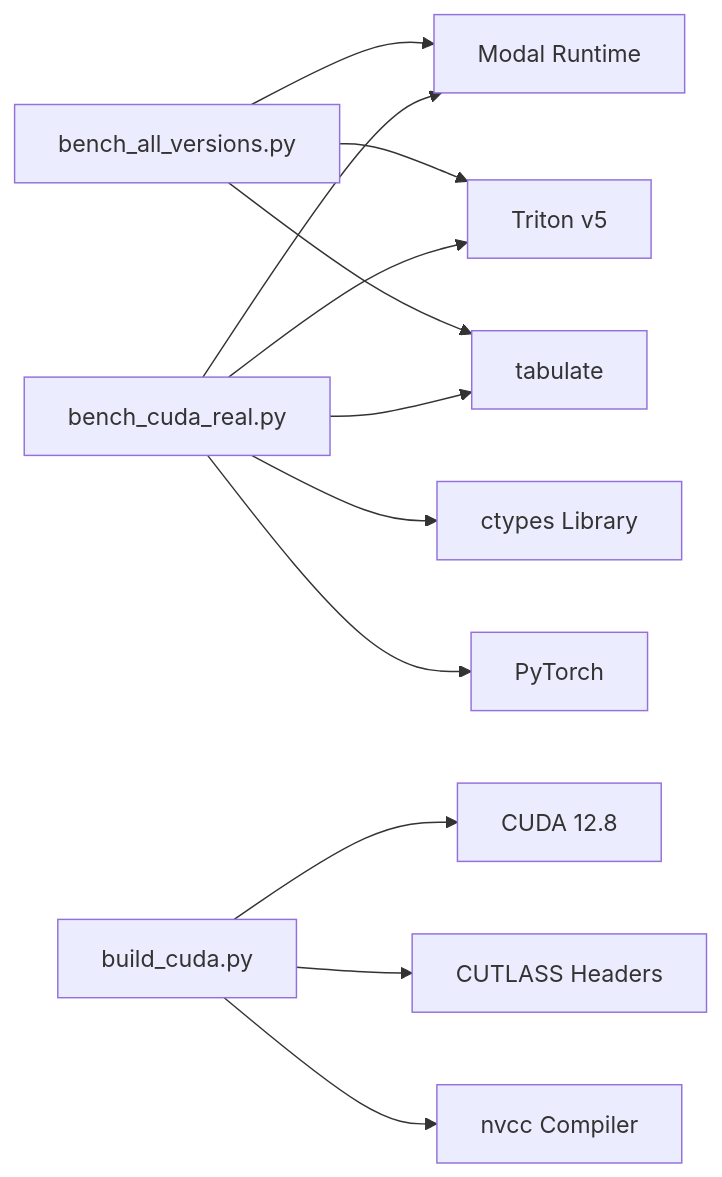
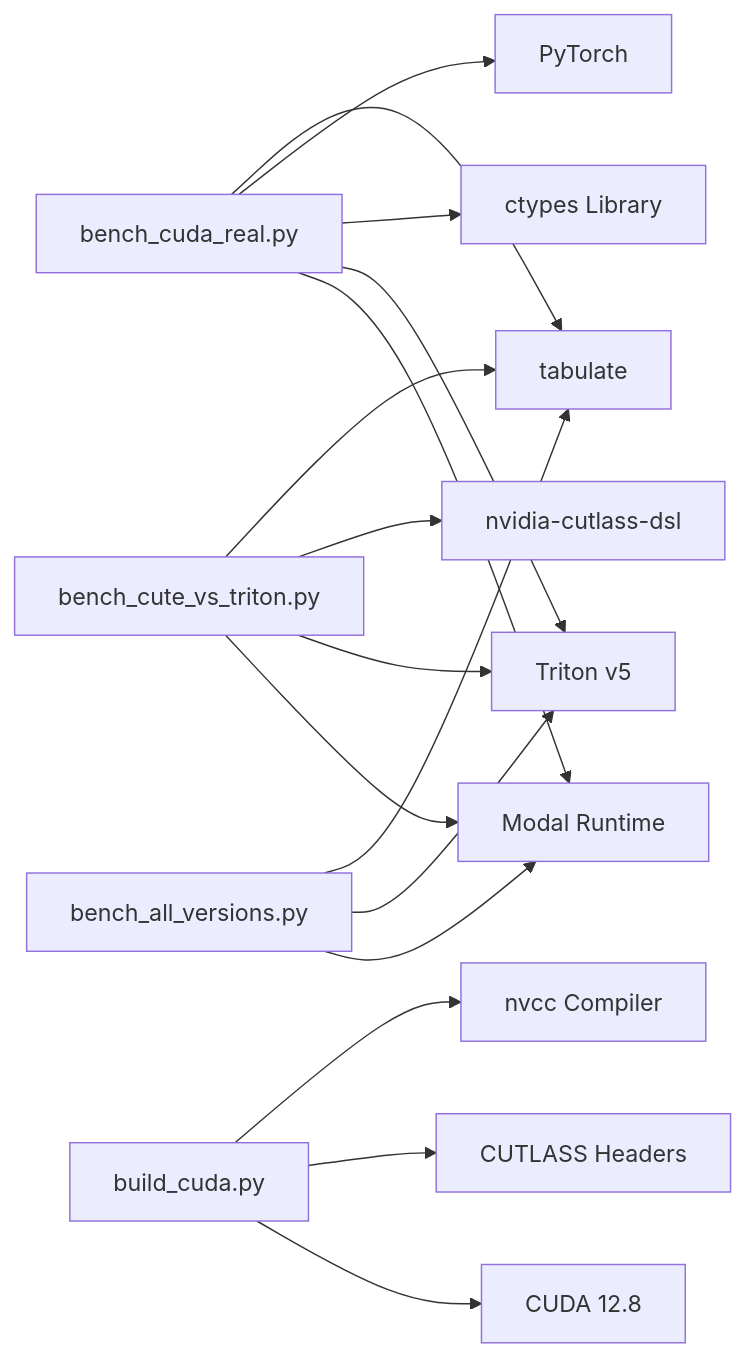
Before and after one commit to gugudeshubao/flashinfer-bench-tma-thrust: the third of 3 diagrams in .qoder/repowiki/en/content/Benchmarking Framework.md, drawn with Mermaid. The commit also changed other lines of this file and 25 other files, not shown here.

````diff
--- a/.qoder/repowiki/en/content/Benchmarking Framework.md
+++ b/.qoder/repowiki/en/content/Benchmarking Framework.md
@@ -289,14 +360,18 @@
 ```mermaid
 graph LR
 BAV["bench_all_versions.py"] --> MODAL["Modal Runtime"]
 BCR["bench_cuda_real.py"] --> MODAL
+BCT["bench_cute_vs_triton.py"] --> MODAL
 BC["build_cuda.py"] --> CUDA["CUDA 12.8"]
 BC --> CUTLASS["CUTLASS Headers"]
 BC --> NVCC["nvcc Compiler"]
 BAV --> TRITON["Triton v5"]
 BCR --> TRITON
+BCT --> TRITON
+BCT --> CUTLASS_DSL["nvidia-cutlass-dsl"]
 BCR --> CTYPES["ctypes Library"]
 BCR --> PYTORCH["PyTorch"]
 BAV --> TABULATE["tabulate"]
 BCR --> TABULATE
+BCT --> TABULATE
 ```
````
